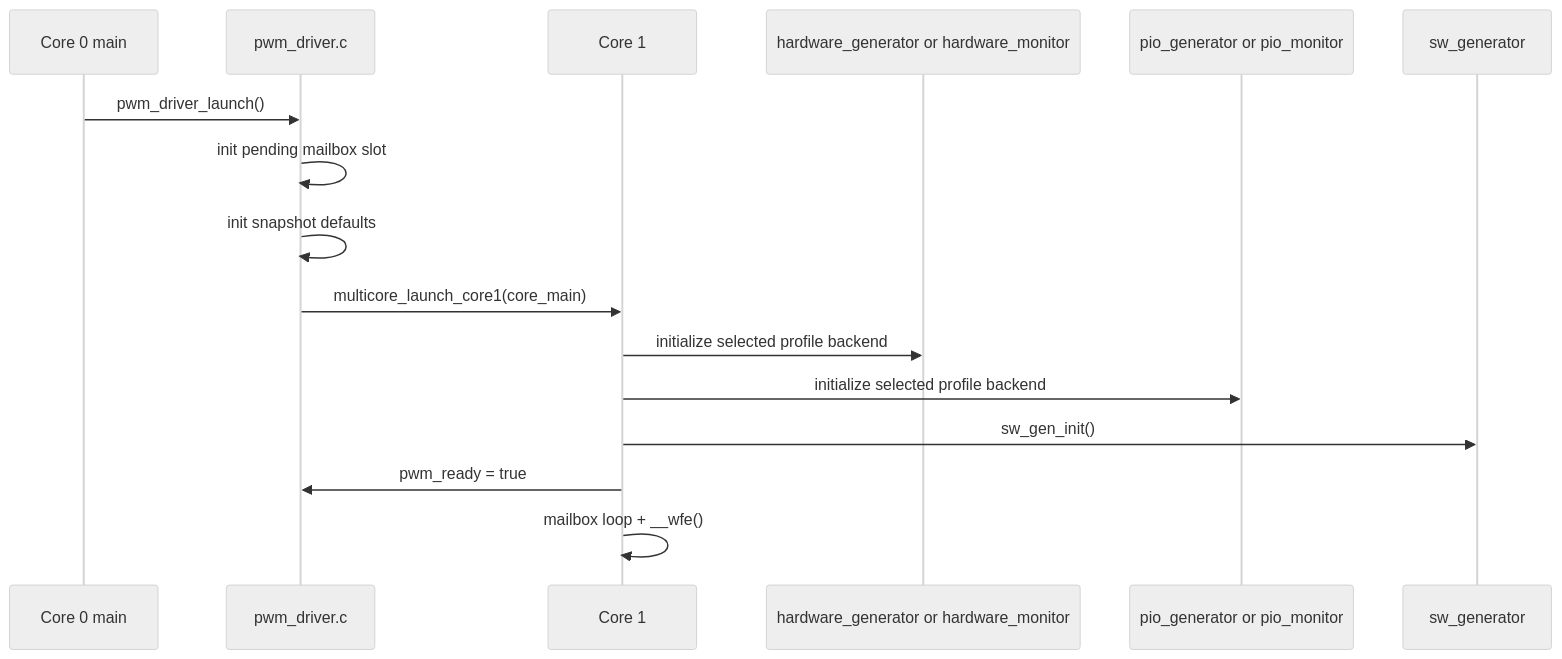
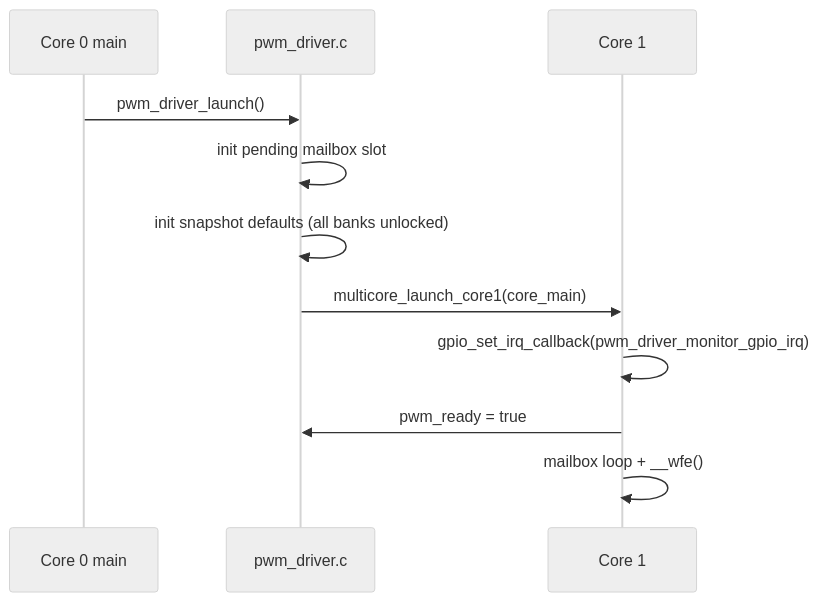
Before and after one commit to djwinter29-oss/PicoPWM: the third of 8 diagrams in docs/detail/pwm_driver_design.md, drawn with Mermaid (neutral theme). The commit also changed other lines of this file and 43 other files, not shown here.

````diff
--- a/docs/detail/pwm_driver_design.md
+++ b/docs/detail/pwm_driver_design.md
@@ -284,19 +285,14 @@
 ```mermaid
 sequenceDiagram
     participant C0 as Core 0 main
     participant WR as pwm_driver.c
     participant C1 as Core 1
-    participant HW as hardware_generator or hardware_monitor
-    participant PIO as pio_generator or pio_monitor
-    participant SW as sw_generator
 
     C0->>WR: pwm_driver_launch()
     WR->>WR: init pending mailbox slot
-    WR->>WR: init snapshot defaults
+    WR->>WR: init snapshot defaults (all banks unlocked)
     WR->>C1: multicore_launch_core1(core_main)
-    C1->>HW: initialize selected profile backend
-    C1->>PIO: initialize selected profile backend
-    C1->>SW: sw_gen_init()
+    C1->>C1: gpio_set_irq_callback(pwm_driver_monitor_gpio_irq)
     C1->>WR: pwm_ready = true
     C1->>C1: mailbox loop + __wfe()
 ```
````
